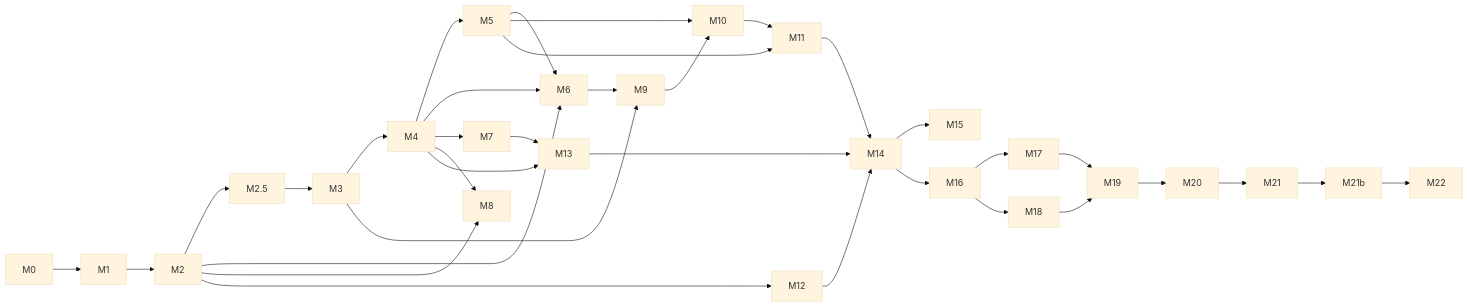
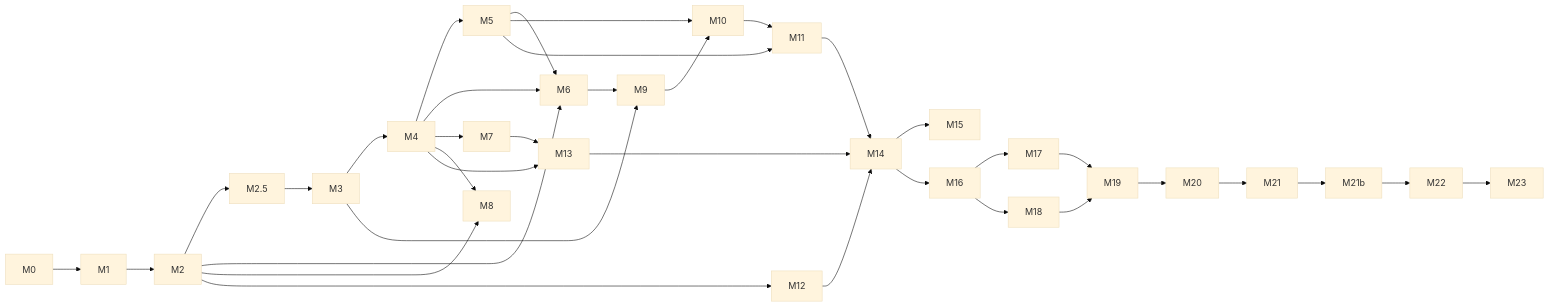
The diagram in docs/09-plan/README.md (vundavallibalakrishna/agentic-runtime), drawn with Mermaid (base theme) before and after one commit. The commit also changed other lines of this file and 51 other files, not shown here.

````diff
--- a/docs/09-plan/README.md
+++ b/docs/09-plan/README.md
@@ -52,29 +53,29 @@
 ```mermaid
 flowchart LR
   M0 --> M1 --> M2 --> M25[M2.5] --> M3 --> M4 --> M5
   M2 --> M6
   M4 --> M6
   M5 --> M6
   M4 --> M7
   M2 --> M8
   M4 --> M8
   M3 --> M9
   M6 --> M9
   M5 --> M10
   M9 --> M10
   M5 --> M11
   M10 --> M11
   M2 --> M12
   M4 --> M13
   M7 --> M13
   M11 --> M14
   M12 --> M14
   M13 --> M14
   M14 --> M15
   M14 --> M16
   M16 --> M17
   M16 --> M18
   M17 --> M19
   M18 --> M19
-  M19 --> M20 --> M21 --> M21b[M21b] --> M22
+  M19 --> M20 --> M21 --> M21b[M21b] --> M22 --> M23
 ```
````
